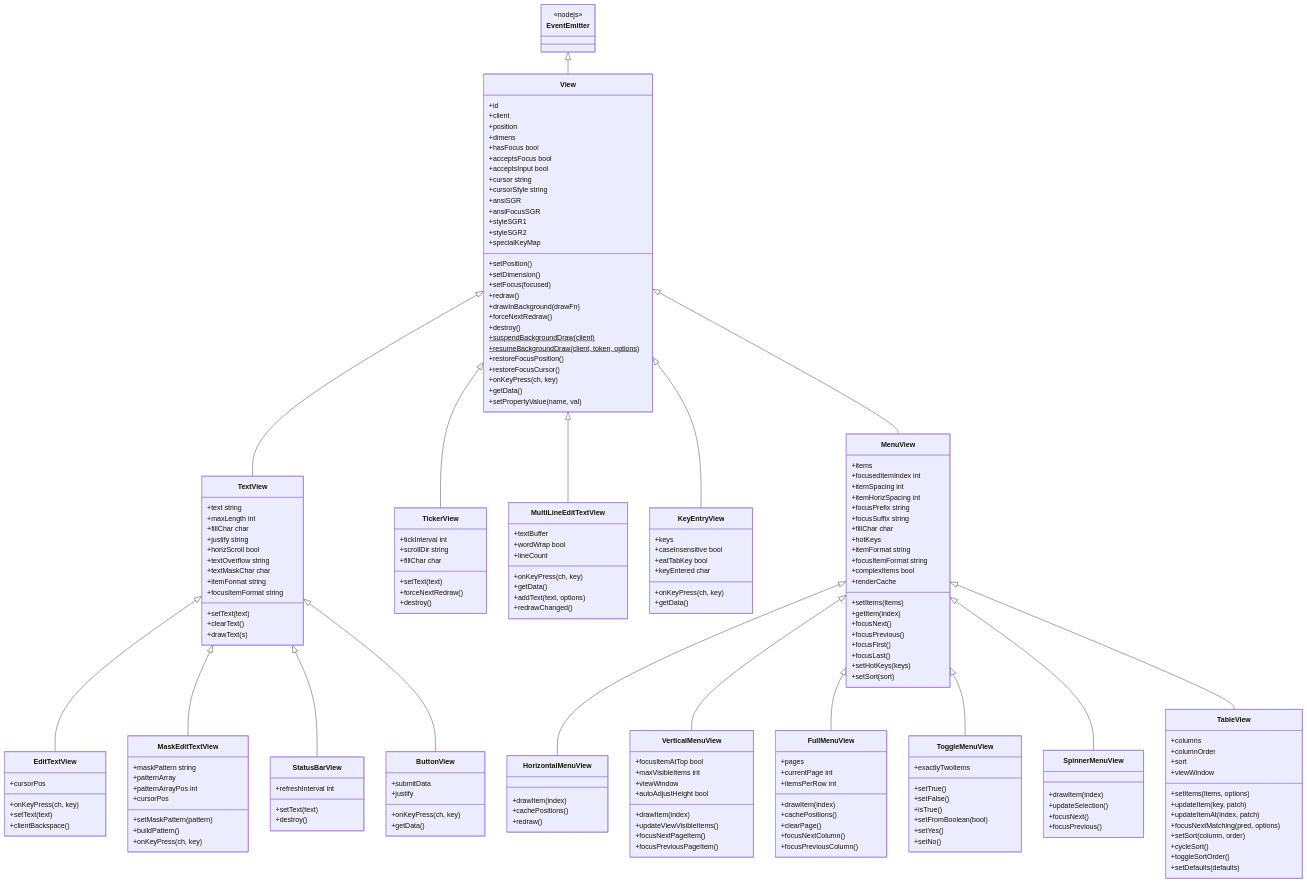
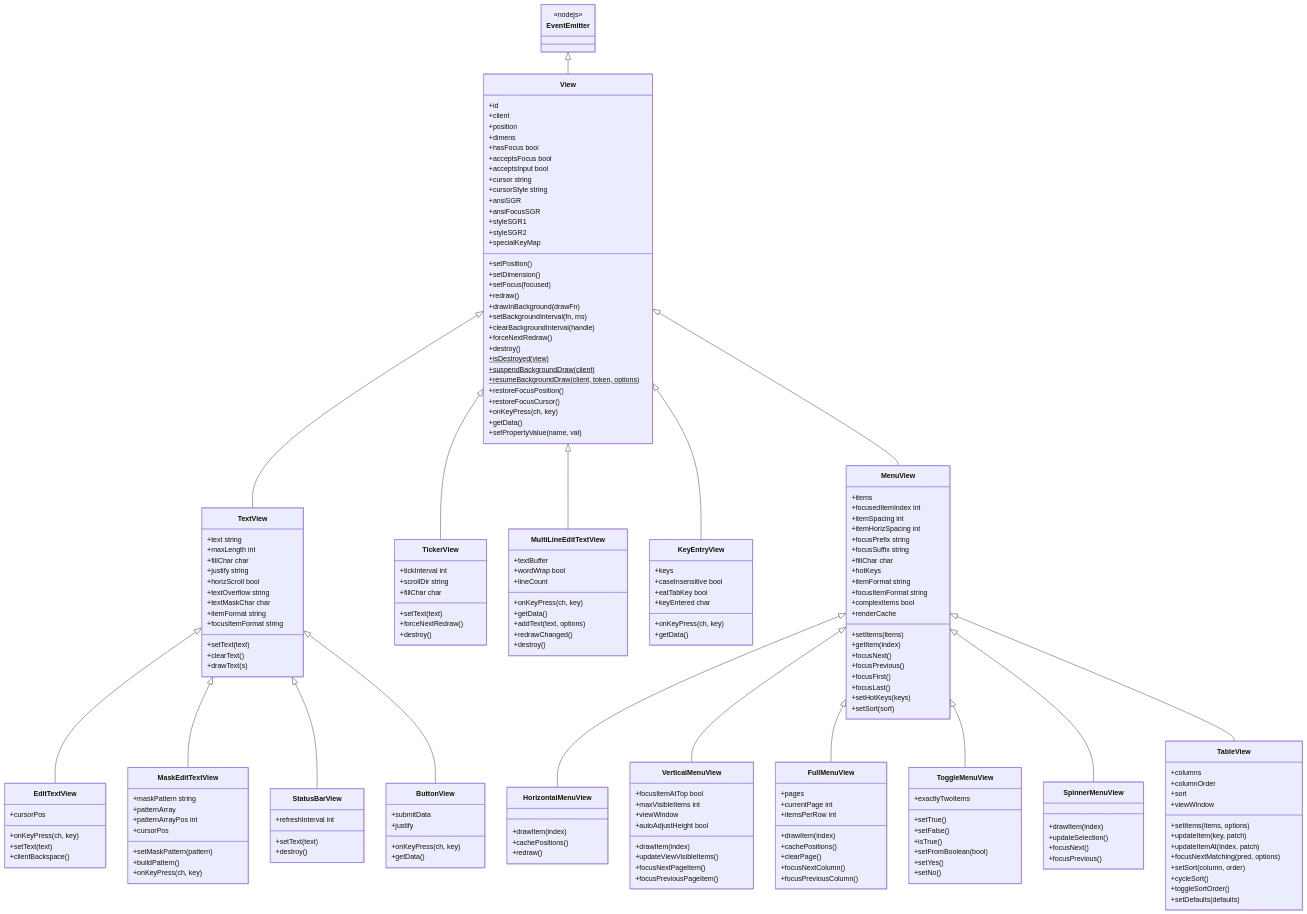
Before and after one commit to NuSkooler/enigma-bbs: the diagram in website/src/content/docs/art/views/views.md, drawn with Mermaid. The commit also changed other lines of this file and 21 other files, not shown here.

```diff
--- a/website/src/content/docs/art/views/views.md
+++ b/website/src/content/docs/art/views/views.md
@@ -169,8 +169,11 @@
         +setFocus(focused)
         +redraw()
         +drawInBackground(drawFn)
+        +setBackgroundInterval(fn, ms)
+        +clearBackgroundInterval(handle)
         +forceNextRedraw()
         +destroy()
+        +isDestroyed(view)$
         +suspendBackgroundDraw(client)$
         +resumeBackgroundDraw(client, token, options)$
         +restoreFocusPosition()
@@ -242,6 +245,7 @@
         +getData()
         +addText(text, options)
         +redrawChanged()
+        +destroy()
     }
 
     class KeyEntryView {
```
